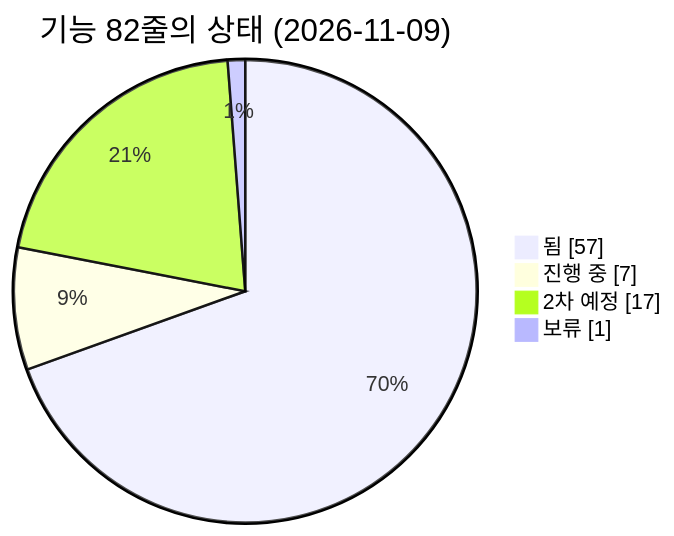
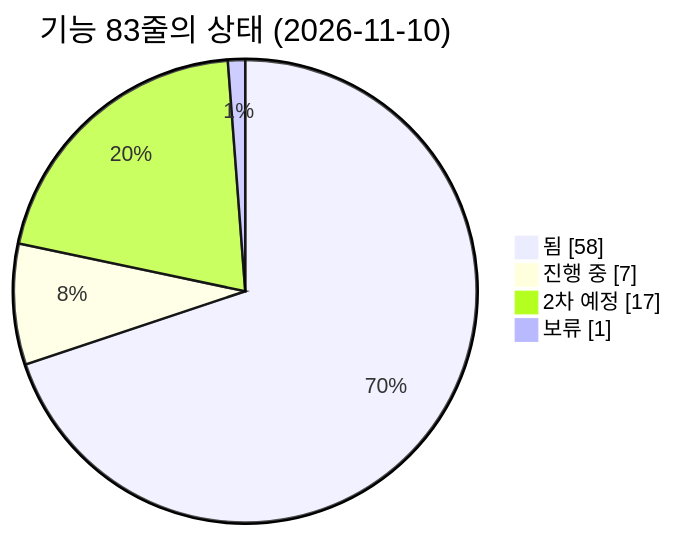
Before and after one commit to agent-ddalgi-team/final-geosan: the first of 4 diagrams in docs/map/feature-map.md, drawn with Mermaid. The commit also changed other lines of this file and 2 other files, not shown here.

````diff
--- a/docs/map/feature-map.md
+++ b/docs/map/feature-map.md
@@ -32,8 +32,8 @@
 ```mermaid
 pie showData
-    title 기능 82줄의 상태 (2026-11-09)
-    "됨" : 57
+    title 기능 83줄의 상태 (2026-11-10)
+    "됨" : 58
     "진행 중" : 7
     "2차 예정" : 17
     "보류" : 1
 ```
````
